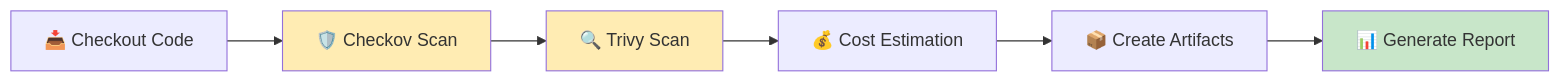
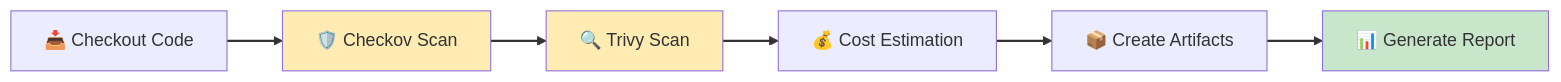
Before and after one commit to Celtikill/static-site: the third of 6 diagrams in docs/ci-cd.md, drawn with Mermaid. The commit also changed other lines of this file and 17 other files, not shown here.

````diff
--- a/docs/ci-cd.md
+++ b/docs/ci-cd.md
@@ -107,12 +136,22 @@
 ```mermaid
+%%{init: {'theme':'default', 'themeVariables': {'fontSize':'16px'}}}%%
 graph LR
+    accTitle: BUILD Phase Security Scanning Workflow
+    accDescr: Sequential security validation workflow in the BUILD phase ensuring infrastructure-as-code security before deployment. The workflow begins by checking out source code from the repository. Checkov performs infrastructure-as-code security scanning validating Terraform configurations against 50+ built-in security policies covering AWS security best practices, CIS benchmarks, and compliance frameworks. Trivy conducts vulnerability scanning of dependencies, container images, and infrastructure configurations detecting known CVEs and security misconfigurations. Cost estimation analyzes proposed infrastructure changes predicting AWS costs for budget validation and cost optimization. Artifact creation packages validated code and scan results for downstream pipeline phases. Report generation produces comprehensive security summaries with pass/fail status, vulnerability counts, and remediation guidance. The BUILD phase completes in approximately 20 seconds providing rapid security feedback. Failed security scans block the pipeline immediately preventing vulnerable code from advancing to deployment, implementing fail-fast security principles that reduce remediation costs.
+
     A["📥 Checkout Code"] --> B["🛡️ Checkov Scan"]
     B --> C["🔍 Trivy Scan"]
     C --> D["💰 Cost Estimation"]
     D --> E["📦 Create Artifacts"]
     E --> F["📊 Generate Report"]
 
     style B fill:#ffecb3
     style C fill:#ffecb3
     style F fill:#c8e6c9
+
+    linkStyle 0 stroke:#333333,stroke-width:2px
+    linkStyle 1 stroke:#333333,stroke-width:2px
+    linkStyle 2 stroke:#333333,stroke-width:2px
+    linkStyle 3 stroke:#333333,stroke-width:2px
+    linkStyle 4 stroke:#333333,stroke-width:2px
 ```
````
